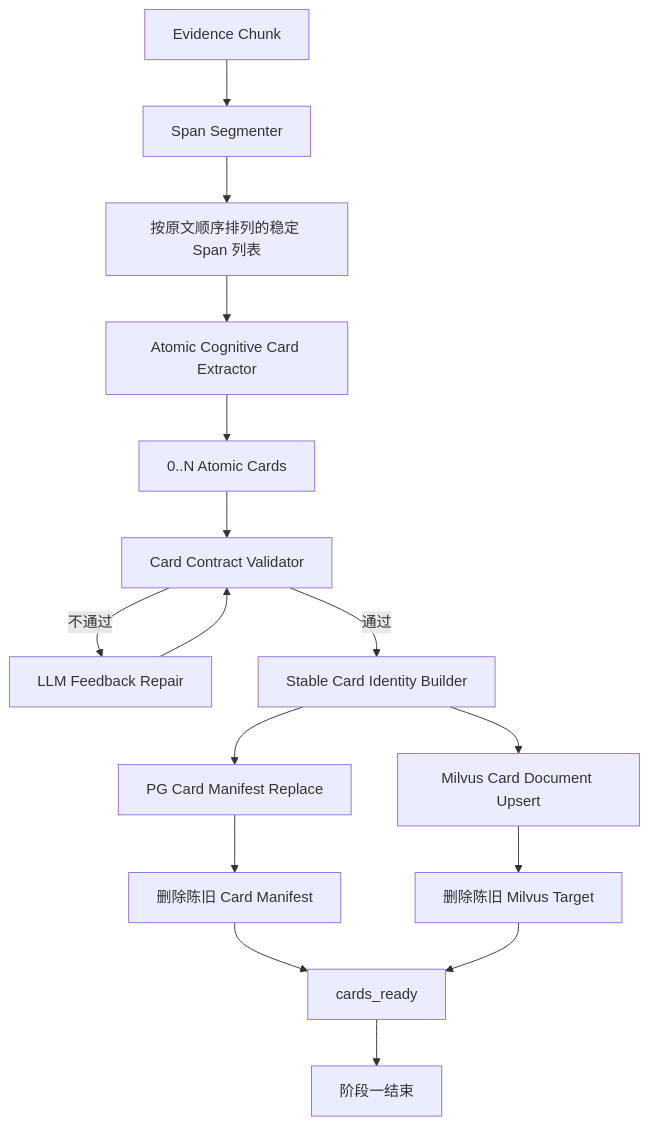
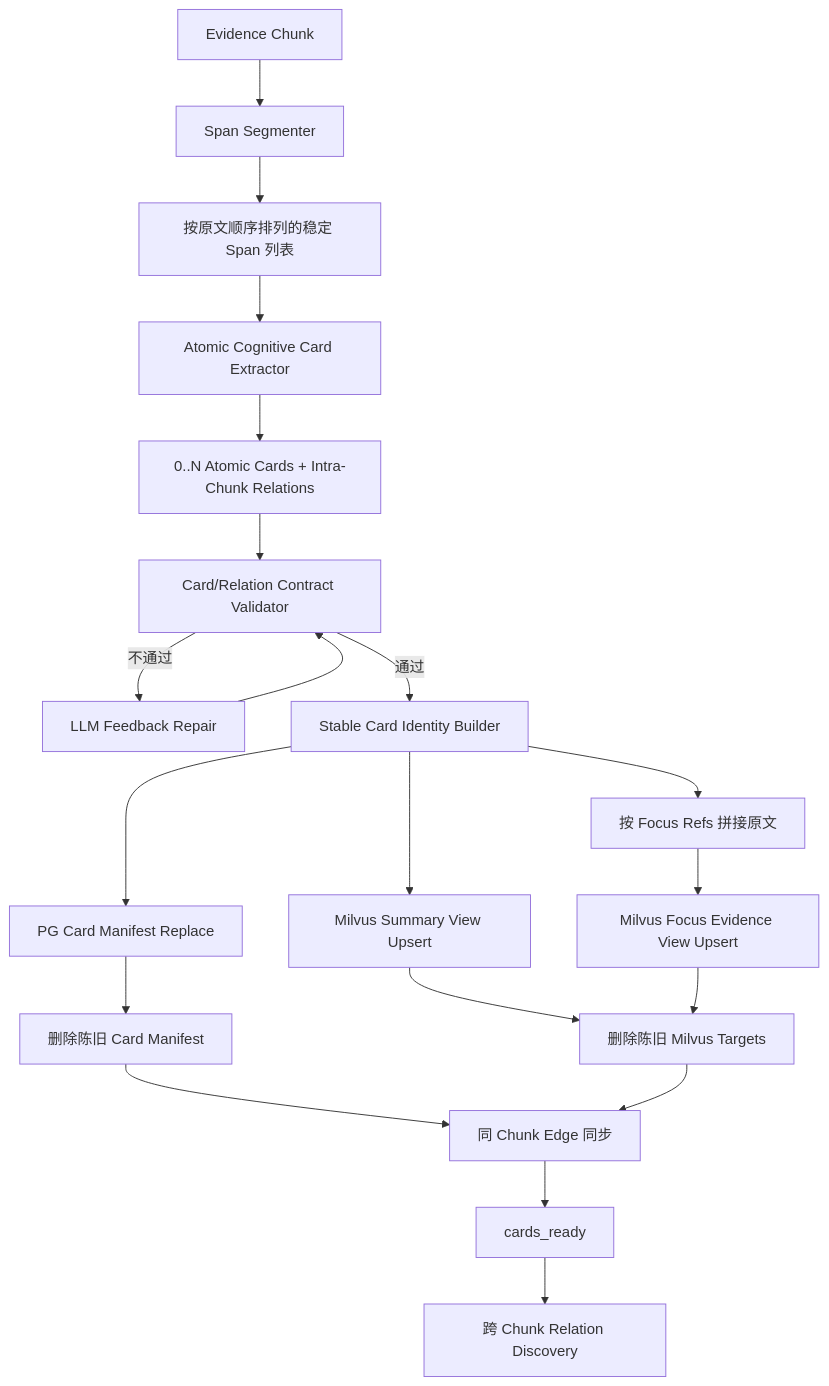
The first of 2 diagrams in .claude/skills/smart-fund-server/docs/3. 实施方案/4. 知识图谱/21. 原子Cognitive Card与Relation Probe提取实施方案.md (qiyuebuku/frida-test), drawn with Mermaid before and after one commit. The commit also changed other lines of this file and 61 other files, not shown here.

Commit message:
feat(kg): implement relation-first card graph workflow

````diff
--- a/.claude/skills/smart-fund-server/docs/3. 实施方案/4. 知识图谱/21. 原子Cognitive Card与Relation Probe提取实施方案.md
+++ b/.claude/skills/smart-fund-server/docs/3. 实施方案/4. 知识图谱/21. 原子Cognitive Card与Relation Probe提取实施方案.md
@@ -127,18 +127,22 @@
 ```mermaid
 flowchart TD
     A[Evidence Chunk] --> B[Span Segmenter]
     B --> C[按原文顺序排列的稳定 Span 列表]
     C --> D[Atomic Cognitive Card Extractor]
-    D --> E[0..N Atomic Cards]
-    E --> F[Card Contract Validator]
+    D --> E[0..N Atomic Cards + Intra-Chunk Relations]
+    E --> F[Card/Relation Contract Validator]
     F -->|不通过| G[LLM Feedback Repair]
     G --> F
     F -->|通过| H[Stable Card Identity Builder]
     H --> I[PG Card Manifest Replace]
-    H --> J[Milvus Card Document Upsert]
+    H --> J1[Milvus Summary View Upsert]
+    H --> J2[按 Focus Refs 拼接原文]
+    J2 --> J3[Milvus Focus Evidence View Upsert]
     I --> K[删除陈旧 Card Manifest]
-    J --> L[删除陈旧 Milvus Target]
-    K --> M[cards_ready]
+    J1 --> L[删除陈旧 Milvus Targets]
+    J3 --> L
+    K --> M[同 Chunk Edge 同步]
     L --> M
-    M --> N[阶段一结束]
+    M --> N[cards_ready]
+    N --> O[跨 Chunk Relation Discovery]
 ```
````
